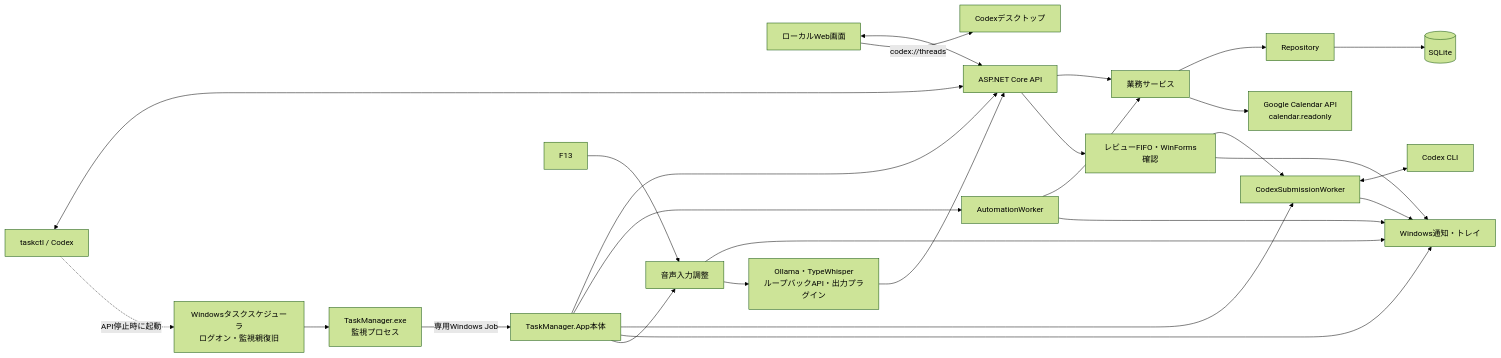
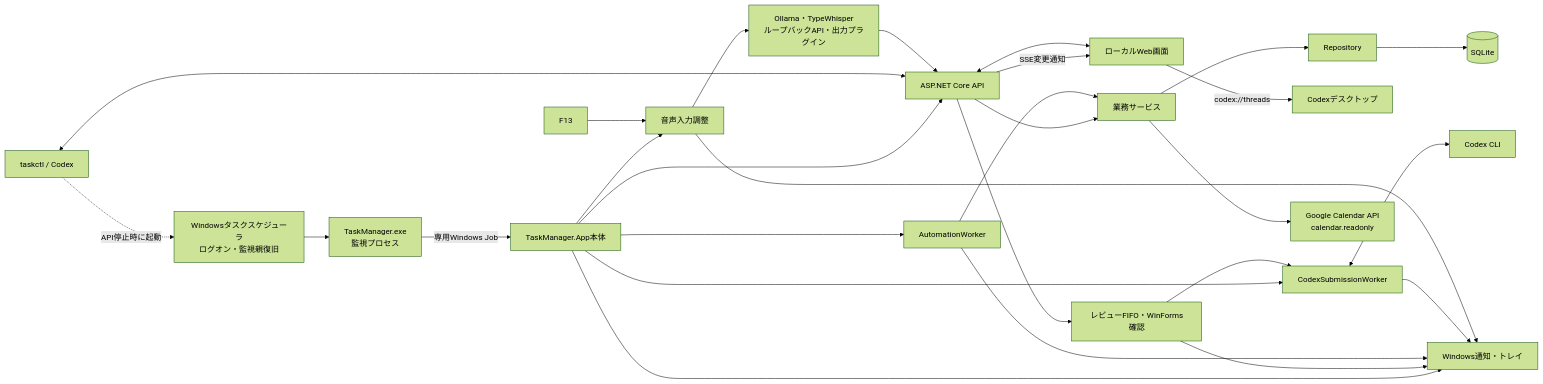
The diagram in docs/TaskManager-Vault/01_システム概要.md (UNIUNI381/UniToDo), drawn with Mermaid (forest theme) before and after one commit. The commit also changed other lines of this file and 10 other files, not shown here.

````diff
--- a/docs/TaskManager-Vault/01_システム概要.md
+++ b/docs/TaskManager-Vault/01_システム概要.md
@@ -9,29 +9,30 @@
 ```mermaid
 flowchart LR
   Scheduler[Windowsタスクスケジューラ<br/>ログオン・監視親復旧] --> Watchdog[TaskManager.exe<br/>監視プロセス]
   Watchdog -->|専用Windows Job| App[TaskManager.App本体]
   App --> API[ASP.NET Core API]
   App --> Automation[AutomationWorker]
   App --> Submission[CodexSubmissionWorker]
   App --> Tray[Windows通知・トレイ]
   App --> Voice[音声入力調整]
   Browser[ローカルWeb画面] <--> API
+  API -->|SSE変更通知| Browser
   Browser -->|codex://threads| CodexDesktop[Codexデスクトップ]
   CLI[taskctl / Codex] <--> API
   CLI -. API停止時に起動 .-> Scheduler
   API --> Services[業務サービス]
   API --> ReviewFlow[レビューFIFO・WinForms確認]
   ReviewFlow --> Submission
   ReviewFlow --> Tray
   Automation --> Services
   Automation --> Tray
   Submission <--> CodexCLI[Codex CLI]
   Submission --> Tray
   Services --> Repositories[Repository]
   Repositories --> DB[(SQLite)]
   Services --> Calendar[Google Calendar API<br/>calendar.readonly]
   Hotkey[F13] --> Voice
   Voice --> Tray
   Voice --> VoiceTools[Ollama・TypeWhisper<br/>ループバックAPI・出力プラグイン]
   VoiceTools --> API
 ```
````
